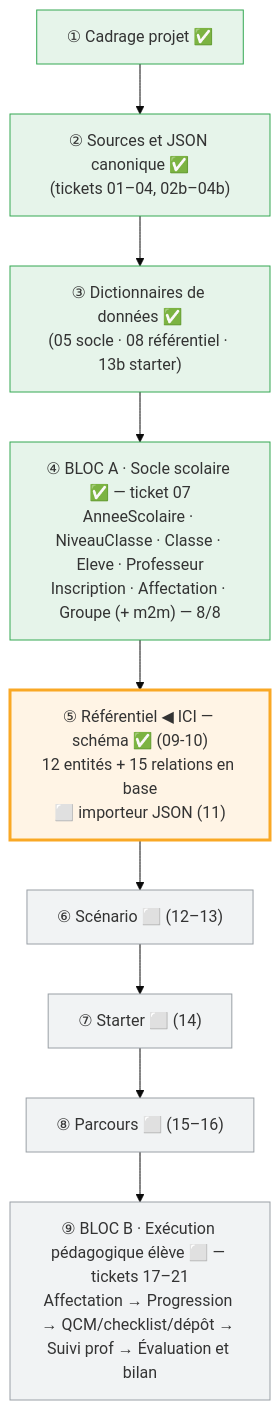
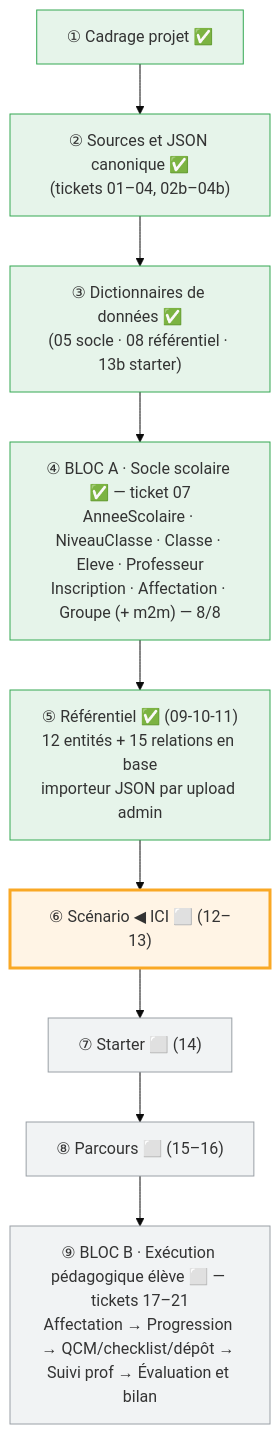
Before and after one commit to caucrogeGit/ReferenCiel-Manager: the diagram in docs/journal-de-progression.md, drawn with Mermaid (base theme). The commit also changed other lines of this file, not shown here.

First line of the commit message:
docs(journal): phase ⑤ Référentiel terminée (ticket 11 importeur complet)

````diff
--- a/docs/journal-de-progression.md
+++ b/docs/journal-de-progression.md
@@ -678,19 +692,19 @@
 ```mermaid
 flowchart TD
     A["① Cadrage projet ✅"]
     B["② Sources et JSON canonique ✅<br/>(tickets 01–04, 02b–04b)"]
     C["③ Dictionnaires de données ✅<br/>(05 socle · 08 référentiel · 13b starter)"]
     D["④ BLOC A · Socle scolaire ✅ — ticket 07<br/>AnneeScolaire · NiveauClasse · Classe · Eleve · Professeur<br/>Inscription · Affectation · Groupe (+ m2m) — 8/8"]
-    E["⑤ Référentiel ◀ ICI — schéma ✅ (09-10)<br/>12 entités + 15 relations en base<br/>⬜ importeur JSON (11)"]
-    F["⑥ Scénario ⬜ (12–13)"]
+    E["⑤ Référentiel ✅ (09-10-11)<br/>12 entités + 15 relations en base<br/>importeur JSON par upload admin"]
+    F["⑥ Scénario ◀ ICI ⬜ (12–13)"]
     G["⑦ Starter ⬜ (14)"]
     H["⑧ Parcours ⬜ (15–16)"]
     I["⑨ BLOC B · Exécution pédagogique élève ⬜ — tickets 17–21<br/>Affectation → Progression → QCM/checklist/dépôt → Suivi prof → Évaluation et bilan"]
     A --> B --> C --> D --> E --> F --> G --> H --> I
     classDef done fill:#e6f4ea,stroke:#34a853;
     classDef current fill:#fff4e5,stroke:#f9a825,stroke-width:3px;
     classDef todo fill:#f1f3f4,stroke:#9aa0a6;
-    class A,B,C,D done
-    class E current
-    class F,G,H,I todo
+    class A,B,C,D,E done
+    class F current
+    class G,H,I todo
 ```
````
